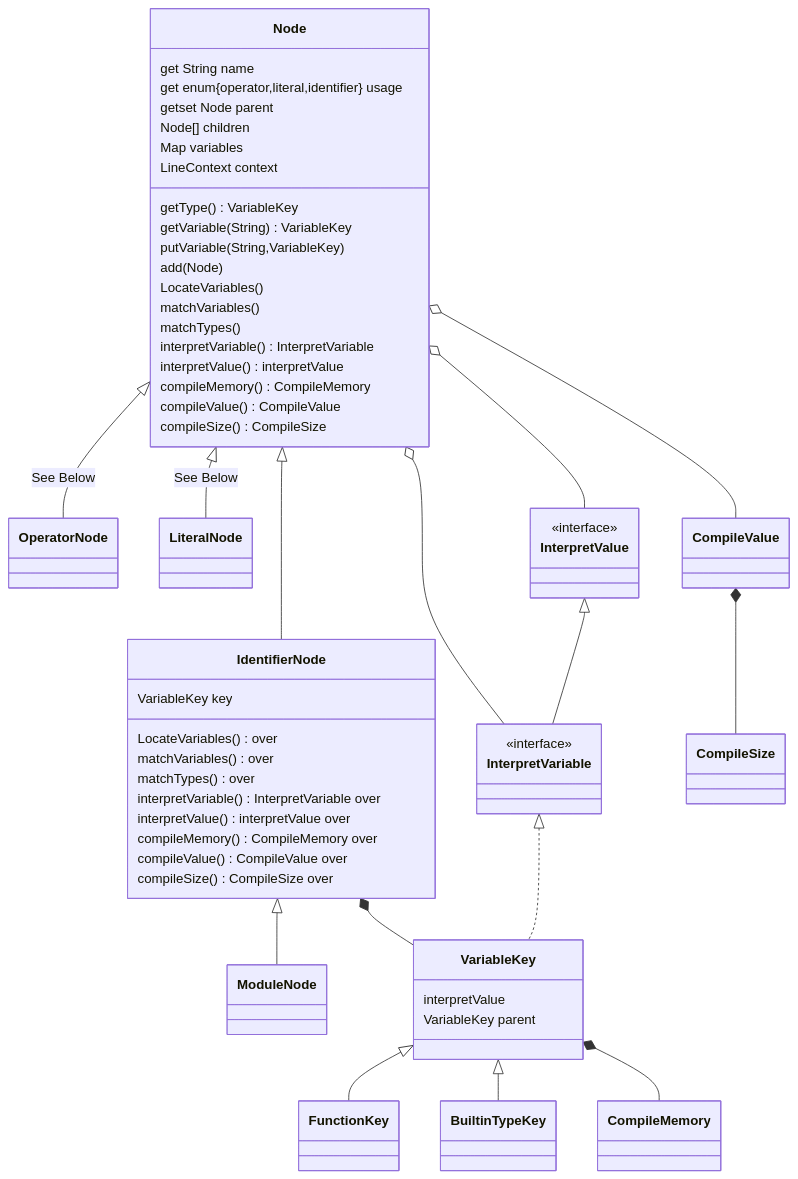
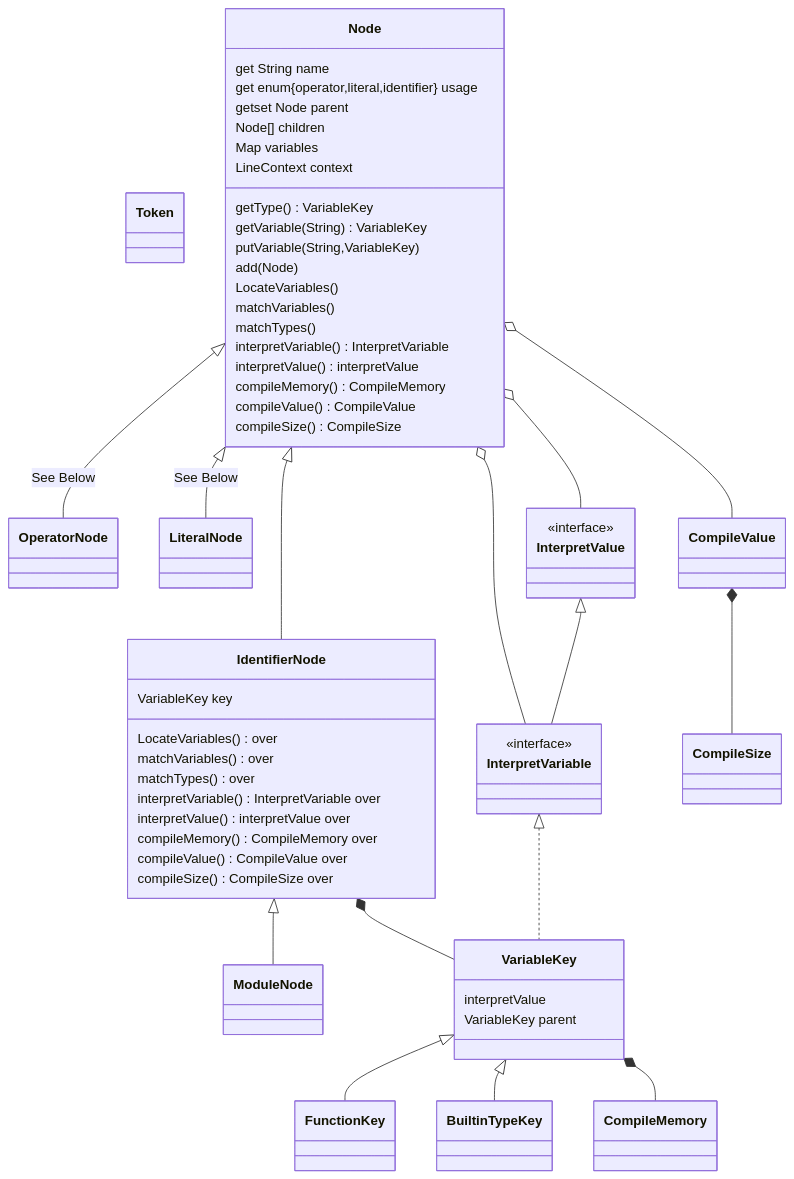
The first of 4 diagrams in README.md (Jzhyang1/Monomer), drawn with Mermaid before and after one commit. The commit also changed other lines of this file, not shown here.

Commit message:
README.md updated from https://stackedit.io/

````diff
--- a/README.md
+++ b/README.md
@@ -239,52 +239,54 @@
 ```mermaid
 classDiagram
+class Token
+
 Node <|-- OperatorNode: See Below
 Node <|-- LiteralNode: See Below
 Node <|-- IdentifierNode
 Node o-- InterpretVariable
 Node o-- InterpretValue
 IdentifierNode <|-- ModuleNode
 IdentifierNode *-- VariableKey
 VariableKey <|-- FunctionKey
 VariableKey <|-- BuiltinTypeKey
 VariableKey *-- CompileMemory
 InterpretValue <|-- InterpretVariable
 InterpretVariable <|.. VariableKey
 CompileValue *-- CompileSize
 Node o-- CompileValue
 
 Node: get String name
 Node: get enum{operator,literal,identifier} usage
 Node: getset Node parent
 Node: Node[] children
 Node: Map<String, VariableKey> variables
 Node: LineContext context
 Node: getType() VariableKey
 Node: getVariable(String) VariableKey
 Node: putVariable(String,VariableKey)
 Node: add(Node)
 Node: LocateVariables()
 Node: matchVariables()
 Node: matchTypes()
 Node: interpretVariable() InterpretVariable
 Node: interpretValue() interpretValue
 Node: compileMemory() CompileMemory
 Node: compileValue() CompileValue
 Node: compileSize() CompileSize
 
 IdentifierNode: VariableKey key
 IdentifierNode: LocateVariables() over
 IdentifierNode: matchVariables() over
 IdentifierNode: matchTypes() over
 IdentifierNode: interpretVariable() InterpretVariable over
 IdentifierNode: interpretValue() interpretValue over
 IdentifierNode: compileMemory() CompileMemory over
 IdentifierNode: compileValue() CompileValue over
 IdentifierNode: compileSize() CompileSize over
 
 <<interface>> InterpretValue
 <<interface>> InterpretVariable
 
 VariableKey: interpretValue
 VariableKey: VariableKey parent
 ```
````
